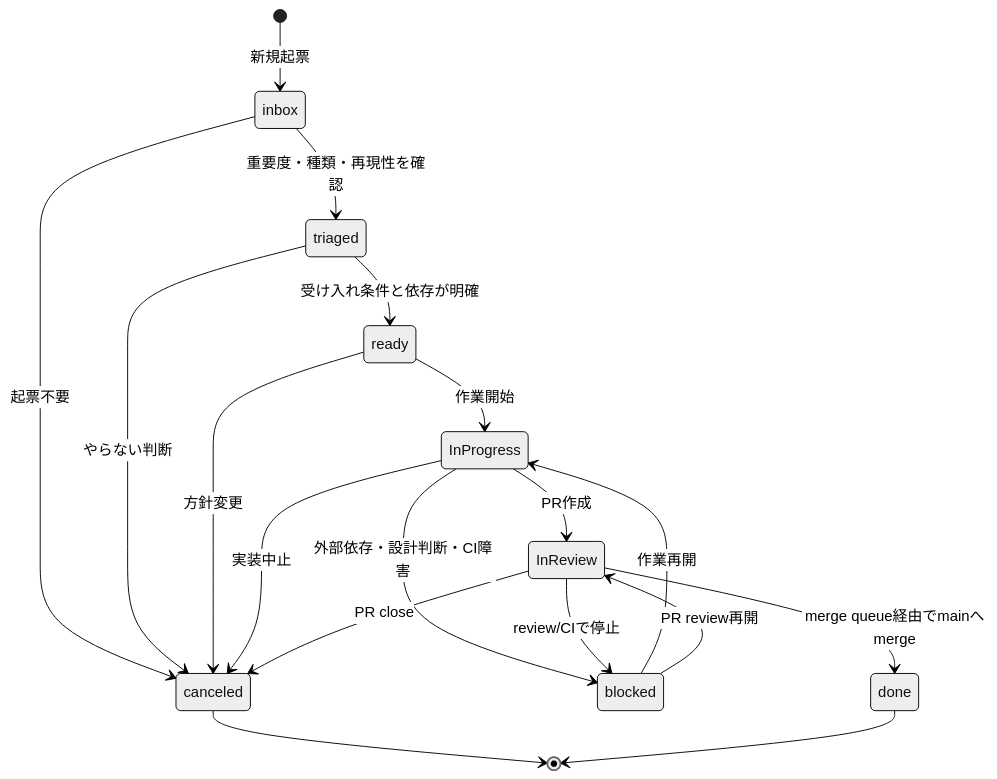
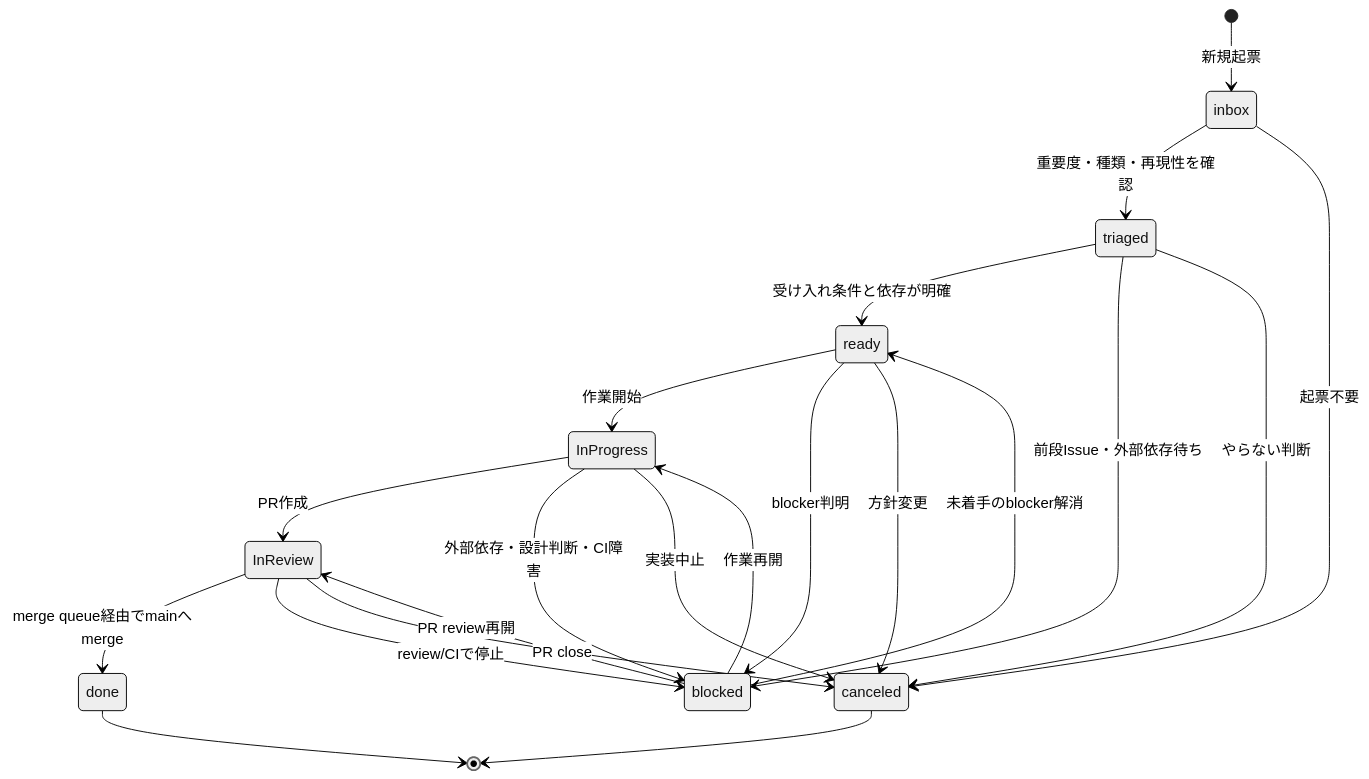
Before and after one commit to ReoHakase/skills: the diagram in github-project-ops/references/issue-lifecycle.md, drawn with Mermaid (neutral theme). The commit also changed other lines of this file and 10 other files, not shown here.

````diff
--- a/github-project-ops/references/issue-lifecycle.md
+++ b/github-project-ops/references/issue-lifecycle.md
@@ -28,22 +52,25 @@
 ```mermaid
 stateDiagram-v2
     [*] --> inbox: 新規起票
     inbox --> triaged: 重要度・種類・再現性を確認
     triaged --> ready: 受け入れ条件と依存が明確
+    triaged --> blocked: 前段Issue・外部依存待ち
     ready --> InProgress: 作業開始
+    ready --> blocked: blocker判明
     InProgress --> InReview: PR作成
     InReview --> done: merge queue経由でmainへmerge
 
     InProgress --> blocked: 外部依存・設計判断・CI障害
     InReview --> blocked: review/CIで停止
+    blocked --> ready: 未着手のblocker解消
     blocked --> InProgress: 作業再開
     blocked --> InReview: PR review再開
 
     inbox --> canceled: 起票不要
     triaged --> canceled: やらない判断
     ready --> canceled: 方針変更
     InProgress --> canceled: 実装中止
     InReview --> canceled: PR close
     canceled --> [*]
     done --> [*]
 ```
````
